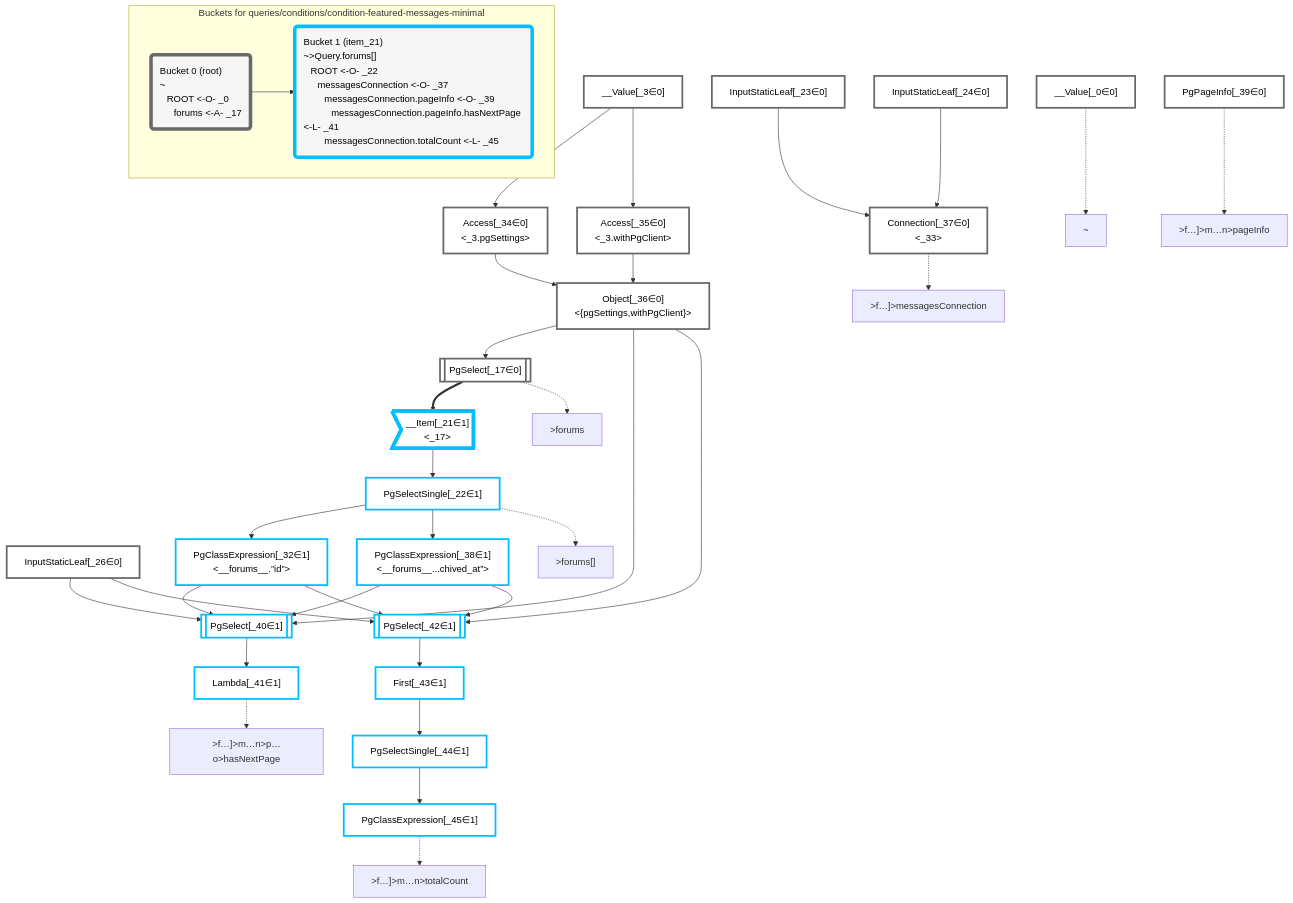
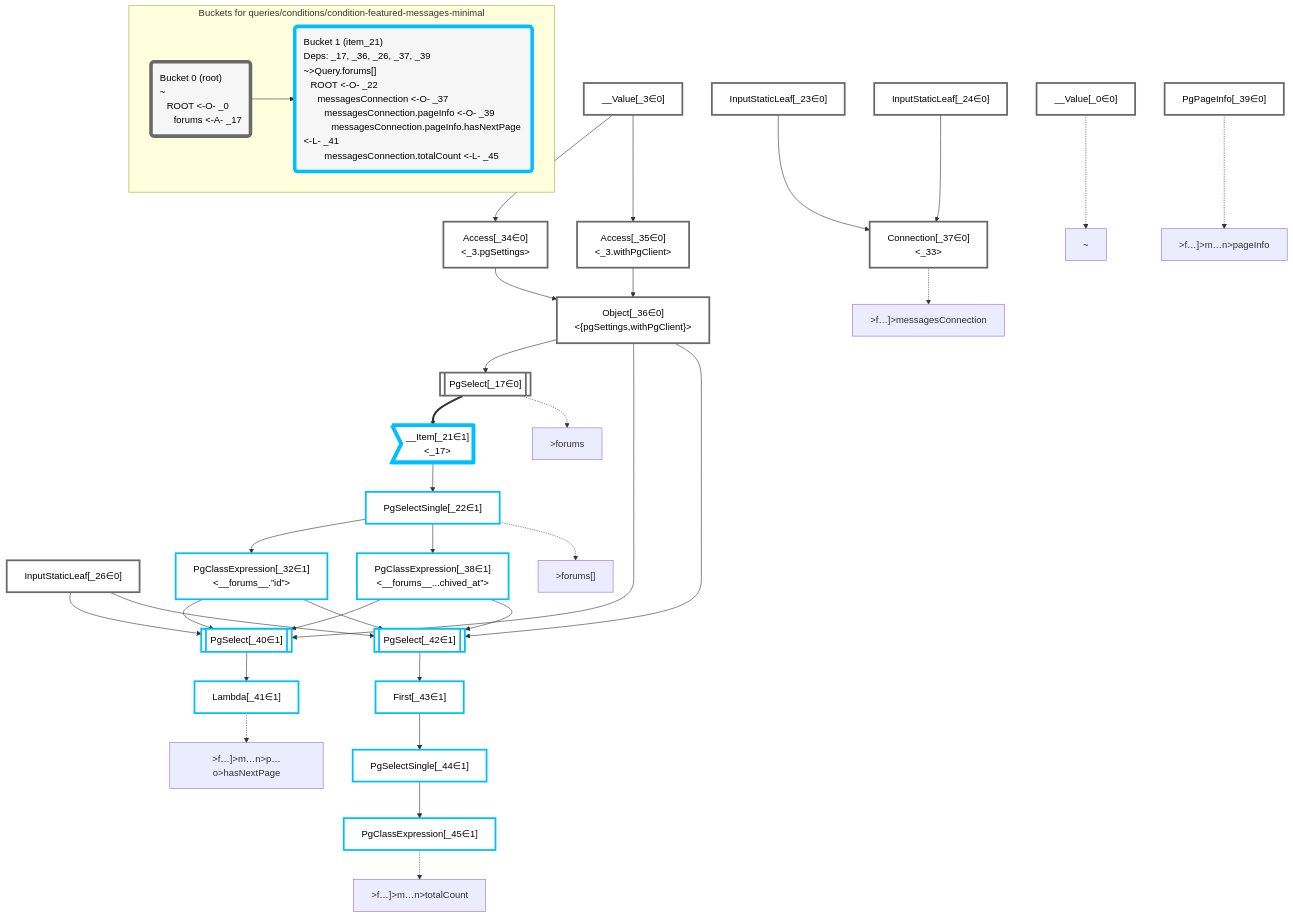
Before and after one commit to graphile/crystal: the diagram in packages/dataplan-pg/__tests__/queries/conditions/condition-featured-messages-minimal.deopt.mermaid.md, drawn with Mermaid. The commit also changed 157 other files, not shown here.

Commit message:
Add deps to all query snapshots

```diff
--- a/packages/dataplan-pg/__tests__/queries/conditions/condition-featured-messages-minimal.deopt.mermaid.md
+++ b/packages/dataplan-pg/__tests__/queries/conditions/condition-featured-messages-minimal.deopt.mermaid.md
@@ -80,7 +80,7 @@
     subgraph "Buckets for queries/conditions/condition-featured-messages-minimal"
     Bucket0("Bucket 0 (root)<br />~<br />⠀ROOT <-O- _0<br />⠀⠀forums <-A- _17"):::bucket
     style Bucket0 stroke:#696969
-    Bucket1("Bucket 1 (item_21)<br />~>Query.forums[]<br />⠀ROOT <-O- _22<br />⠀⠀messagesConnection <-O- _37<br />⠀⠀⠀messagesConnection.pageInfo <-O- _39<br />⠀⠀⠀⠀messagesConnection.pageInfo.hasNextPage <-L- _41<br />⠀⠀⠀messagesConnection.totalCount <-L- _45"):::bucket
+    Bucket1("Bucket 1 (item_21)<br />Deps: _17, _36, _26, _37, _39<br />~>Query.forums[]<br />⠀ROOT <-O- _22<br />⠀⠀messagesConnection <-O- _37<br />⠀⠀⠀messagesConnection.pageInfo <-O- _39<br />⠀⠀⠀⠀messagesConnection.pageInfo.hasNextPage <-L- _41<br />⠀⠀⠀messagesConnection.totalCount <-L- _45"):::bucket
     style Bucket1 stroke:#00bfff
     Bucket0 --> Bucket1
     end
```
